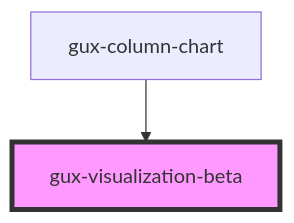
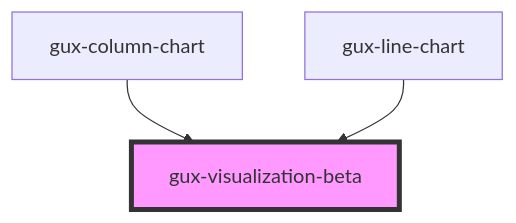
The diagram in src/components/beta/gux-visualization/readme.md (MyPureCloud/genesys-spark), drawn with Mermaid before and after one commit. The commit also changed other lines of this file and 6 other files, not shown here.

Commit message:
feat(gux-line-chart): add line chart component

````diff
--- a/src/components/beta/gux-visualization/readme.md
+++ b/src/components/beta/gux-visualization/readme.md
@@ -23,5 +24,6 @@
 ```mermaid
 graph TD;
   gux-column-chart --> gux-visualization-beta
+  gux-line-chart --> gux-visualization-beta
   style gux-visualization-beta fill:#f9f,stroke:#333,stroke-width:4px
 ```
````
